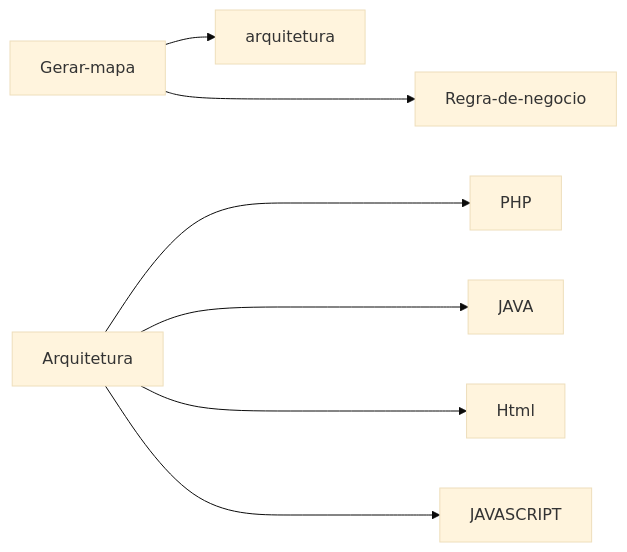
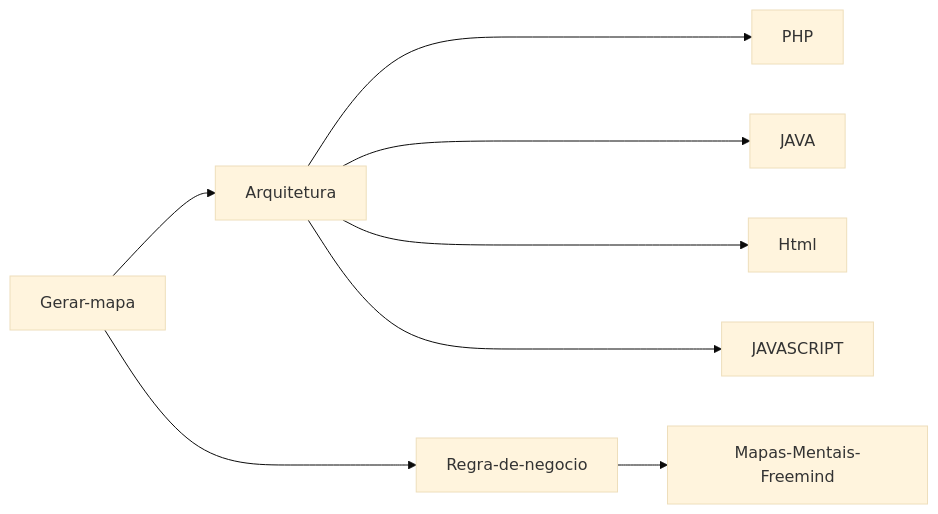
The diagram in Readme.md (HamiltonVentura/MapperIdea), drawn with Mermaid (base theme) before and after one commit.

````diff
--- a/Readme.md
+++ b/Readme.md
@@ -35,11 +35,10 @@
 ```mermaid
 flowchart LR
-    Gerar-mapa --> arquitetura
+    Gerar-mapa --> Arquitetura
     Gerar-mapa ---> Regra-de-negocio;
-Arquitetura;
+    Regra-de-negocio --> Mapas-Mentais-Freemind
     Arquitetura --->PHP;
     Arquitetura --->JAVA;
     Arquitetura --->Html;
-    Arquitetura --->JAVASCRIPT
-     
+    Arquitetura --->JAVASCRIPT;     
 ```
````
